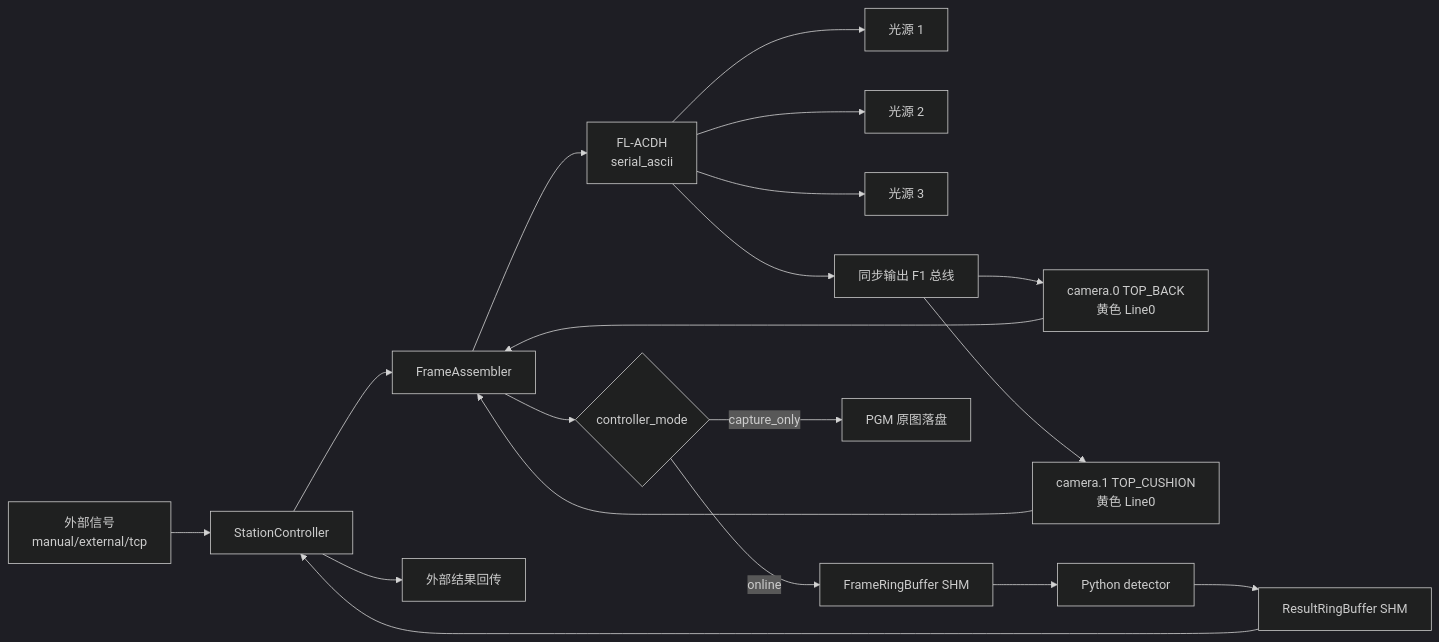
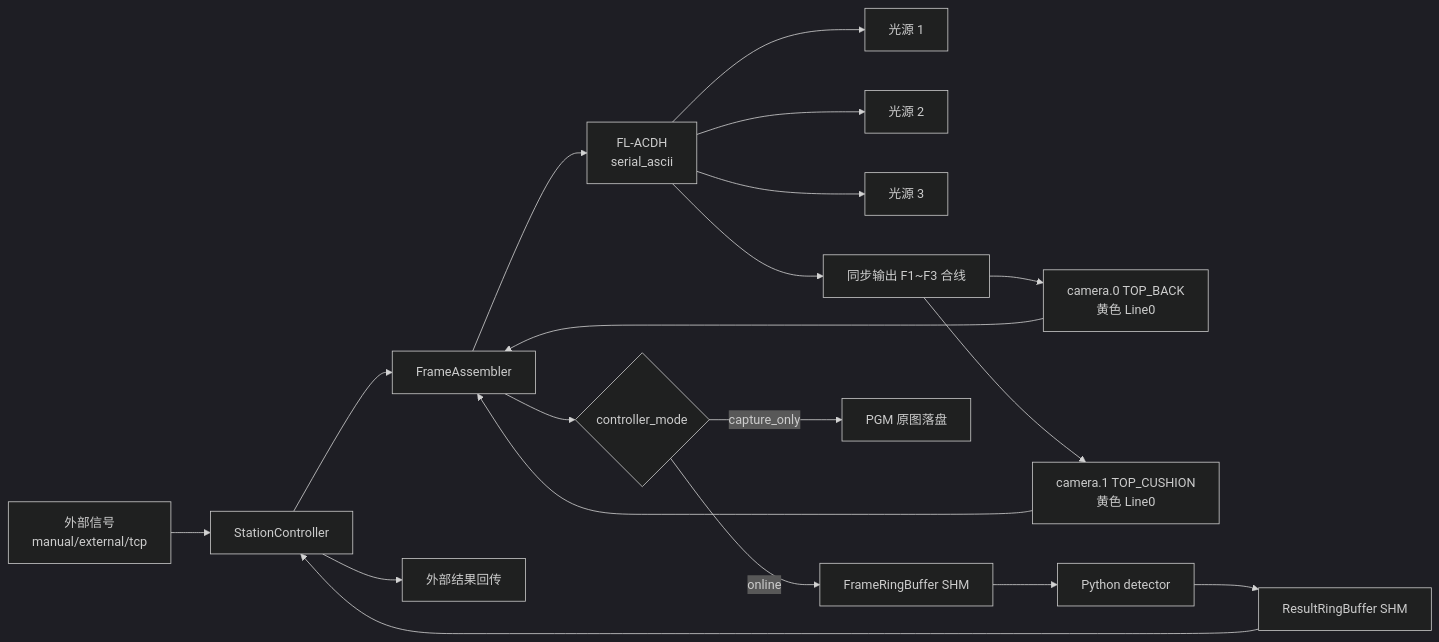
Before and after one commit to celien99/seat-surface-aoi: the diagram in cpp_controller/README.md, drawn with Mermaid (dark theme). The commit also changed other lines of this file and 10 other files, not shown here.

````diff
--- a/cpp_controller/README.md
+++ b/cpp_controller/README.md
@@ -7,21 +7,21 @@
 ```mermaid
 flowchart LR
   Signal["外部信号\nmanual/external/tcp"] --> Station["StationController"]
   Station --> Assembler["FrameAssembler"]
   Assembler --> Strobe["FL-ACDH\nserial_ascii"]
   Strobe --> L1["光源 1"]
   Strobe --> L2["光源 2"]
   Strobe --> L3["光源 3"]
-  Strobe --> F1["同步输出 F1 总线"]
+  Strobe --> F1["同步输出 F1~F3 合线"]
   F1 --> Cam0["camera.0 TOP_BACK\n黄色 Line0"]
   F1 --> Cam1["camera.1 TOP_CUSHION\n黄色 Line0"]
   Cam0 --> Assembler
   Cam1 --> Assembler
   Assembler --> Mode{"controller_mode"}
   Mode -->|online| FrameRing["FrameRingBuffer SHM"]
   FrameRing --> Py["Python detector"]
   Py --> ResultRing["ResultRingBuffer SHM"]
   ResultRing --> Station
   Mode -->|capture_only| Images["PGM 原图落盘"]
   Station --> Output["外部结果回传"]
 ```
````
